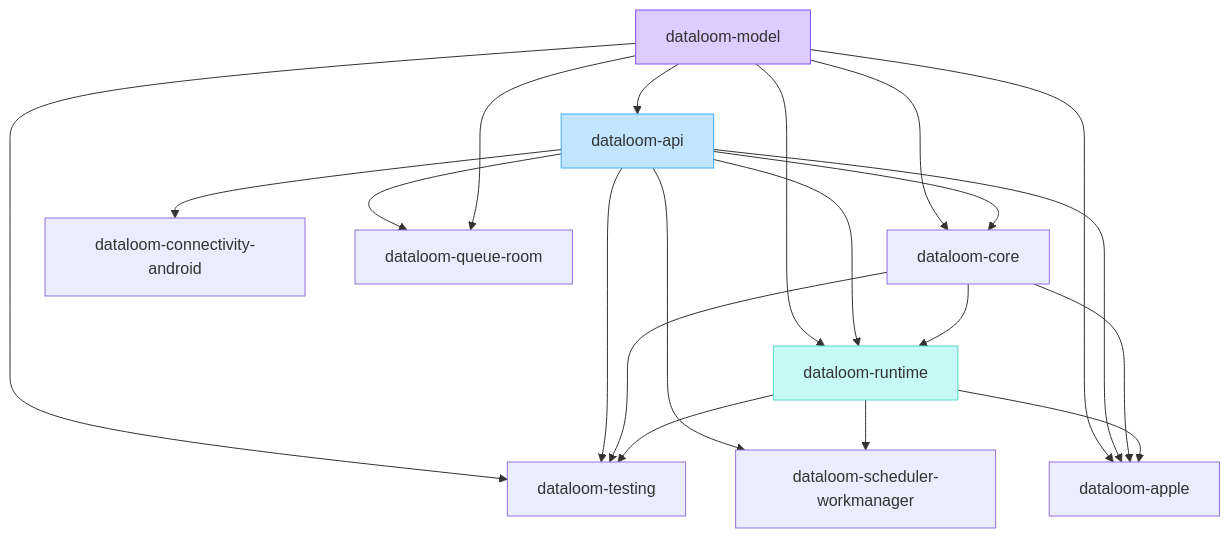
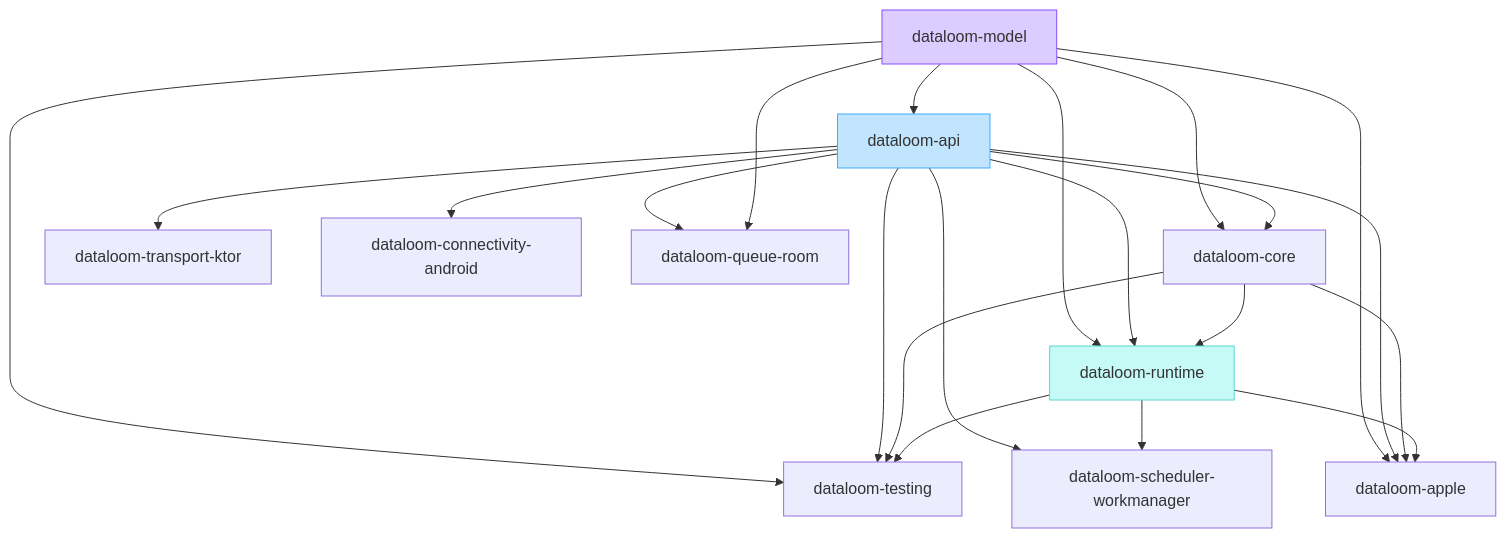
Before and after one commit to dataloom-sdk/dataloom: the second of 2 diagrams in README.md, drawn with Mermaid. The commit also changed other lines of this file and 7 other files, not shown here.

Commit message:
docs: document Ktor transport provider

````diff
--- a/README.md
+++ b/README.md
@@ -152,36 +152,38 @@
 ```mermaid
 flowchart TD
     model[dataloom-model]
     api[dataloom-api]
     core[dataloom-core]
     runtime[dataloom-runtime]
     testing[dataloom-testing]
+    ktor[dataloom-transport-ktor]
     connectivity[dataloom-connectivity-android]
     room[dataloom-queue-room]
     work[dataloom-scheduler-workmanager]
     apple[dataloom-apple]
 
     model --> api
     model --> core
     api --> core
     model --> runtime
     api --> runtime
     core --> runtime
     model --> testing
     api --> testing
     core --> testing
     runtime --> testing
+    api --> ktor
     api --> connectivity
     api --> room
     model --> room
     api --> work
     runtime --> work
     model --> apple
     api --> apple
     core --> apple
     runtime --> apple
 
     style model fill:#DCCCFF,stroke:#874FFF
     style api fill:#C2E5FF,stroke:#3DADFF
     style runtime fill:#C6FAF6,stroke:#5AD8CC
 ```
````
